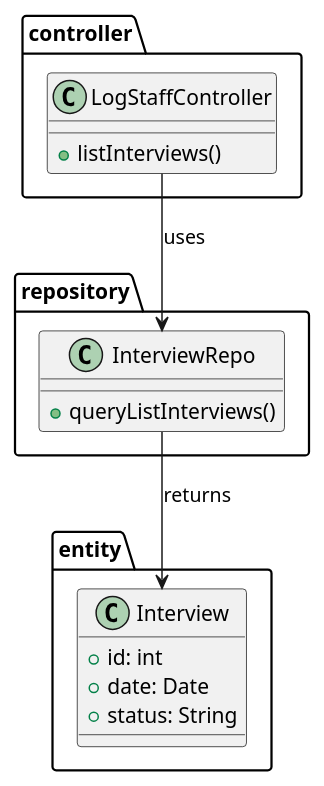
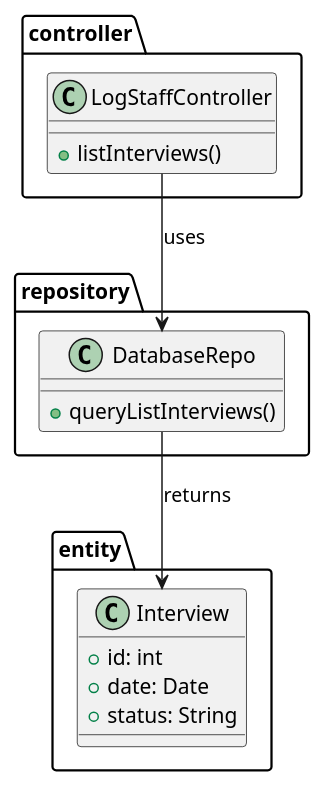
The diagram in SWD392/class_diagrams/34_list_interview.puml (iamSlightlyWind/Legacy), drawn with PlantUML before and after one commit. The commit also changed 34 other files, not shown here.

Commit message:
SWD392: Class Diagrams: Fixed Code Package missmatch

```diff
--- a/SWD392/class_diagrams/34_list_interview.puml
+++ b/SWD392/class_diagrams/34_list_interview.puml
@@ -1,24 +1,24 @@
 @startuml
 package controller {
     class LogStaffController {
         +listInterviews()
     }
 }
 
 package repository {
-    class InterviewRepo {
+    class DatabaseRepo {
         +queryListInterviews()
     }
 }
 
 package entity {
     class Interview {
         +id: int
         +date: Date
         +status: String
     }
 }
 
-LogStaffController --> InterviewRepo : uses
-InterviewRepo --> Interview : returns
+LogStaffController --> DatabaseRepo : uses
+DatabaseRepo --> Interview : returns
 @enduml
```
